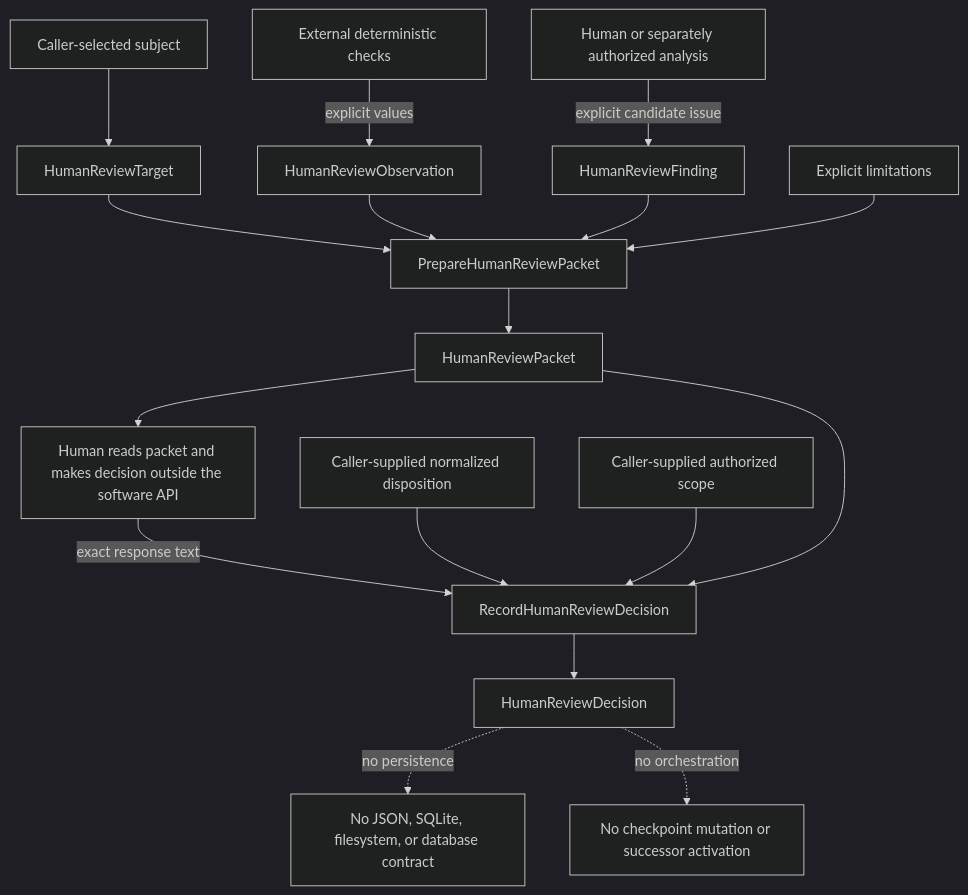
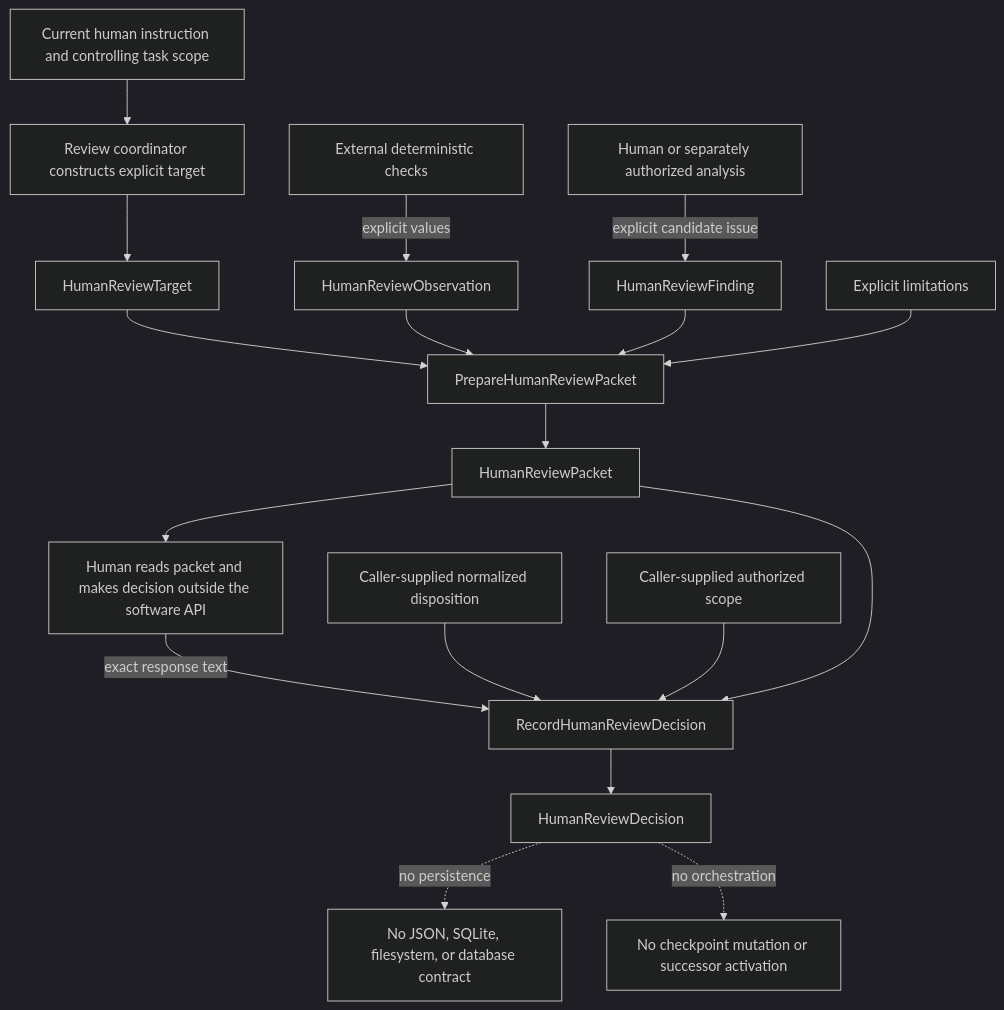
Before and after one commit to eragasa/ksdft2effmass: the diagram in docs/harness/ksdft2effmass.harness.003.001.002.md, drawn with Mermaid (dark theme). The commit also changed other lines of this file and 2 other files, not shown here.

Commit message:
Clarify human review target provenance

````diff
--- a/docs/harness/ksdft2effmass.harness.003.001.002.md
+++ b/docs/harness/ksdft2effmass.harness.003.001.002.md
@@ -17,22 +17,23 @@
 ```mermaid
 flowchart TD
+    Authority["Current human instruction and controlling task scope"] --> Caller["Review coordinator constructs explicit target"]
+    Caller --> Target["HumanReviewTarget"]
     Checks["External deterministic checks"] -->|explicit values| Observation["HumanReviewObservation"]
     Analysis["Human or separately authorized analysis"] -->|explicit candidate issue| Finding["HumanReviewFinding"]
-    Caller["Caller-selected subject"] --> Target["HumanReviewTarget"]
 
     Target --> Prepare["PrepareHumanReviewPacket"]
     Observation --> Prepare
     Finding --> Prepare
     Limitations["Explicit limitations"] --> Prepare
     Prepare --> Packet["HumanReviewPacket"]
 
     Packet --> Human["Human reads packet and makes decision outside the software API"]
     Human -->|exact response text| Record["RecordHumanReviewDecision"]
     CallerDisposition["Caller-supplied normalized disposition"] --> Record
     CallerScope["Caller-supplied authorized scope"] --> Record
     Packet --> Record
     Record --> Decision["HumanReviewDecision"]
 
     Decision -. no persistence .-> NoDatabase["No JSON, SQLite, filesystem, or database contract"]
     Decision -. no orchestration .-> NoActivation["No checkpoint mutation or successor activation"]
 ```
````
